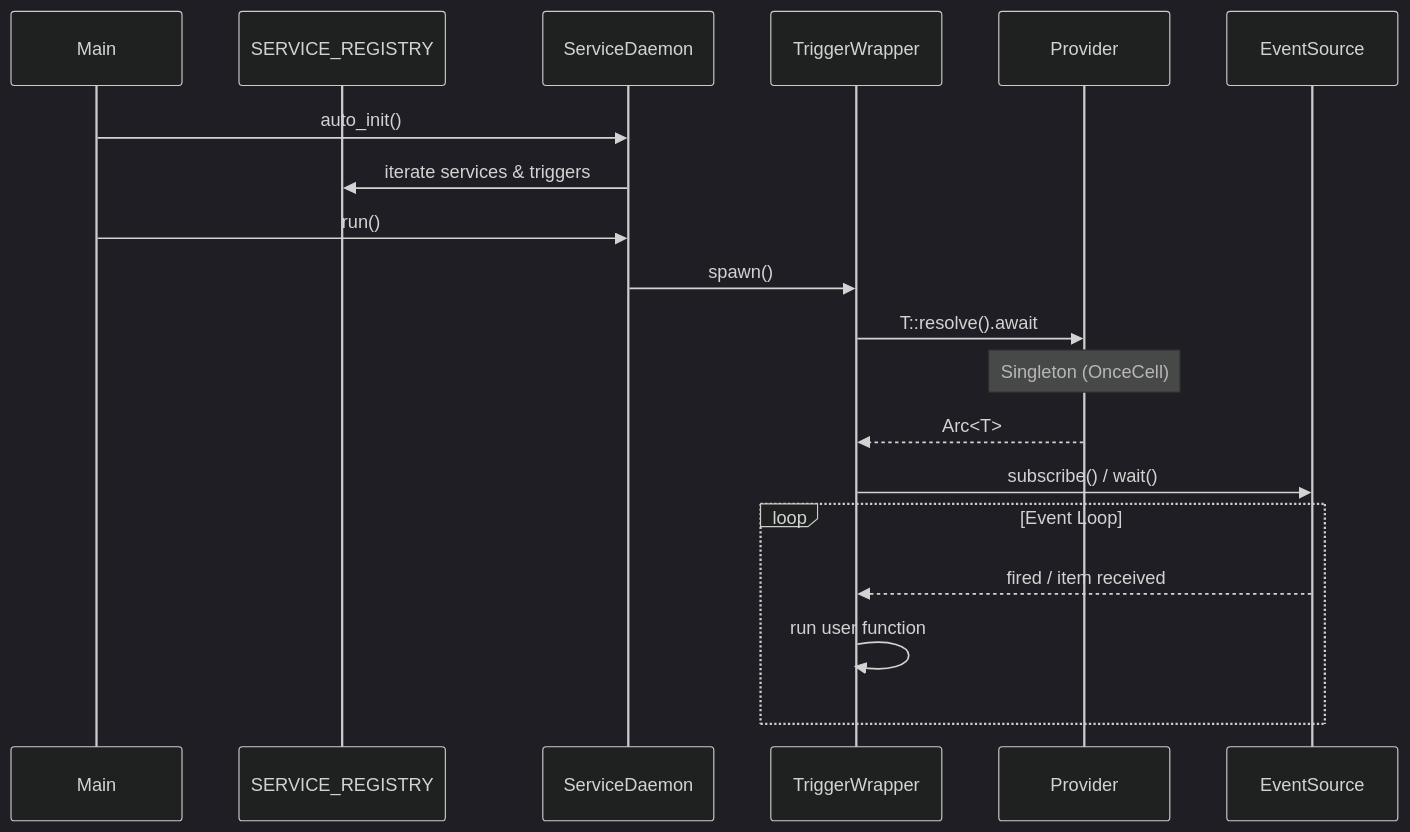
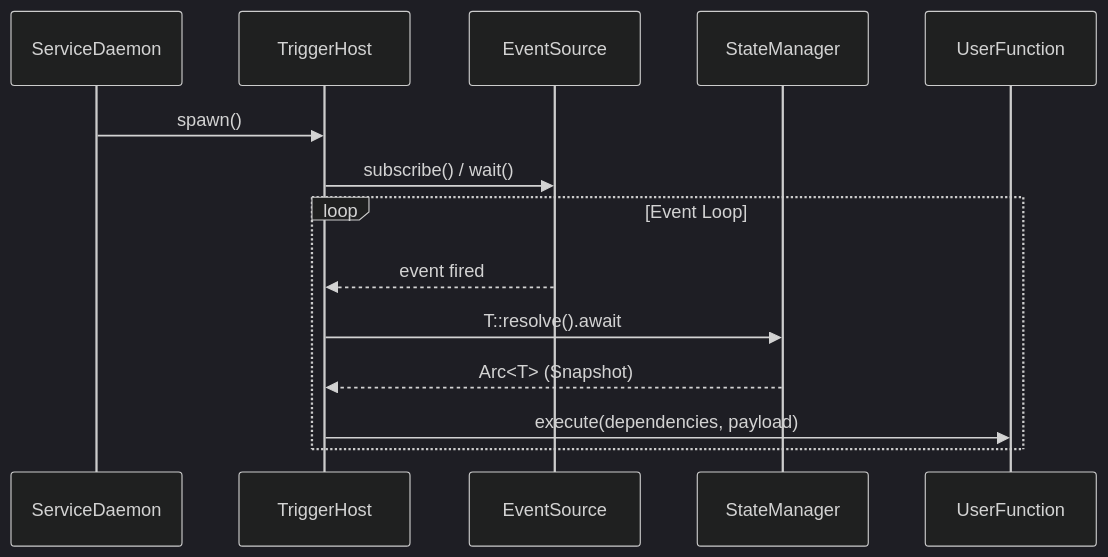
The second of 2 diagrams in README.md (loft-games/service-daemon-rs), drawn with Mermaid (dark theme) before and after one commit. The commit also changed other lines of this file and 16 other files, not shown here.

````diff
--- a/README.md
+++ b/README.md
@@ -217,22 +217,17 @@
 ```mermaid
 sequenceDiagram
-    participant Main
-    participant SERVICE_REGISTRY
     participant ServiceDaemon
-    participant TriggerWrapper
-    participant Provider
+    participant TriggerHost
     participant EventSource
+    participant StateManager
+    participant UserFunction
 
-    Main->>ServiceDaemon: auto_init()
-    ServiceDaemon->>SERVICE_REGISTRY: iterate services & triggers
-    Main->>ServiceDaemon: run()
-    ServiceDaemon->>TriggerWrapper: spawn()
-    TriggerWrapper->>Provider: T::resolve().await
-    Note over Provider: Singleton (OnceCell)
-    Provider-->>TriggerWrapper: Arc<T>
-    TriggerWrapper->>EventSource: subscribe() / wait()
+    ServiceDaemon->>TriggerHost: spawn()
+    TriggerHost->>EventSource: subscribe() / wait()
     loop Event Loop
-        EventSource-->>TriggerWrapper: fired / item received
-        TriggerWrapper->>TriggerWrapper: run user function
+        EventSource-->>TriggerHost: event fired
+        TriggerHost->>StateManager: T::resolve().await
+        StateManager-->>TriggerHost: Arc<T> (Snapshot)
+        TriggerHost->>UserFunction: execute(dependencies, payload)
     end
 ```
````
